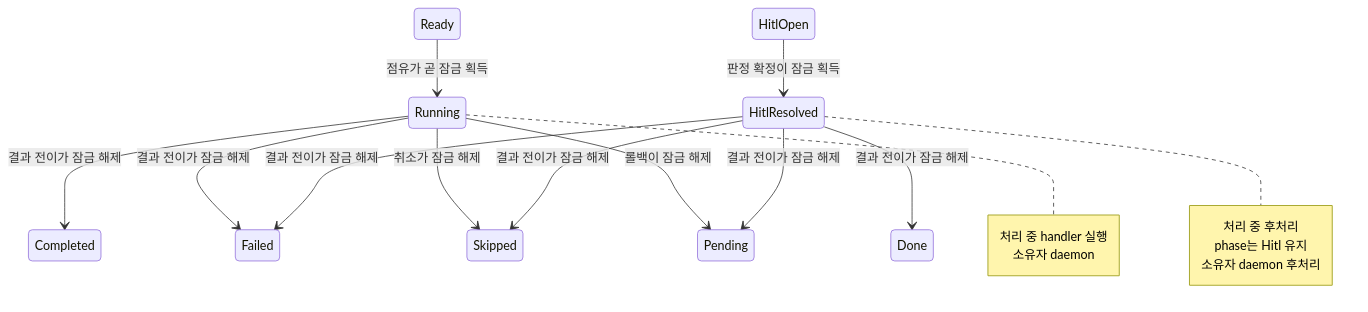
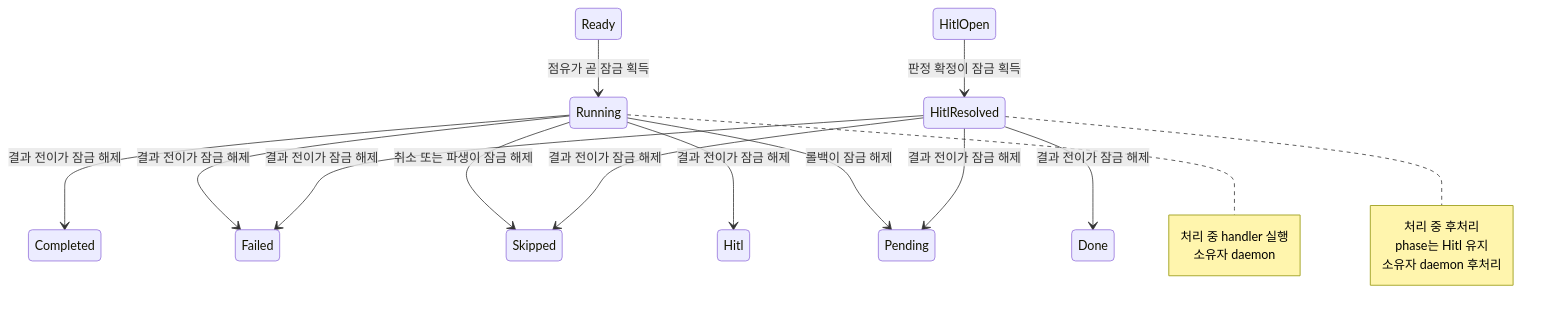
One commit to kys0213/belt changed the fifth of 8 diagrams in spec/concerns/queue-state-machine.md. Above: the diagram before and after it, drawn with Mermaid. The commit also changed other lines of this file and 1 other file, not shown here.

````diff
--- a/spec/concerns/queue-state-machine.md
+++ b/spec/concerns/queue-state-machine.md
@@ -135,22 +166,23 @@
 ```mermaid
 stateDiagram-v2
     Ready --> Running: 점유가 곧 잠금 획득
     Running --> Completed: 결과 전이가 잠금 해제
     Running --> Failed: 결과 전이가 잠금 해제
-    Running --> Skipped: 취소가 잠금 해제
+    Running --> Skipped: 취소 또는 파생이 잠금 해제
+    Running --> Hitl: 결과 전이가 잠금 해제
     Running --> Pending: 롤백이 잠금 해제
     HitlOpen --> HitlResolved: 판정 확정이 잠금 획득
     HitlResolved --> Done: 결과 전이가 잠금 해제
     HitlResolved --> Failed: 결과 전이가 잠금 해제
     HitlResolved --> Skipped: 결과 전이가 잠금 해제
     HitlResolved --> Pending: 결과 전이가 잠금 해제
     note right of Running
         처리 중 handler 실행
         소유자 daemon
     end note
     note right of HitlResolved
         처리 중 후처리
         phase는 Hitl 유지
         소유자 daemon 후처리
     end note
 ```
````
